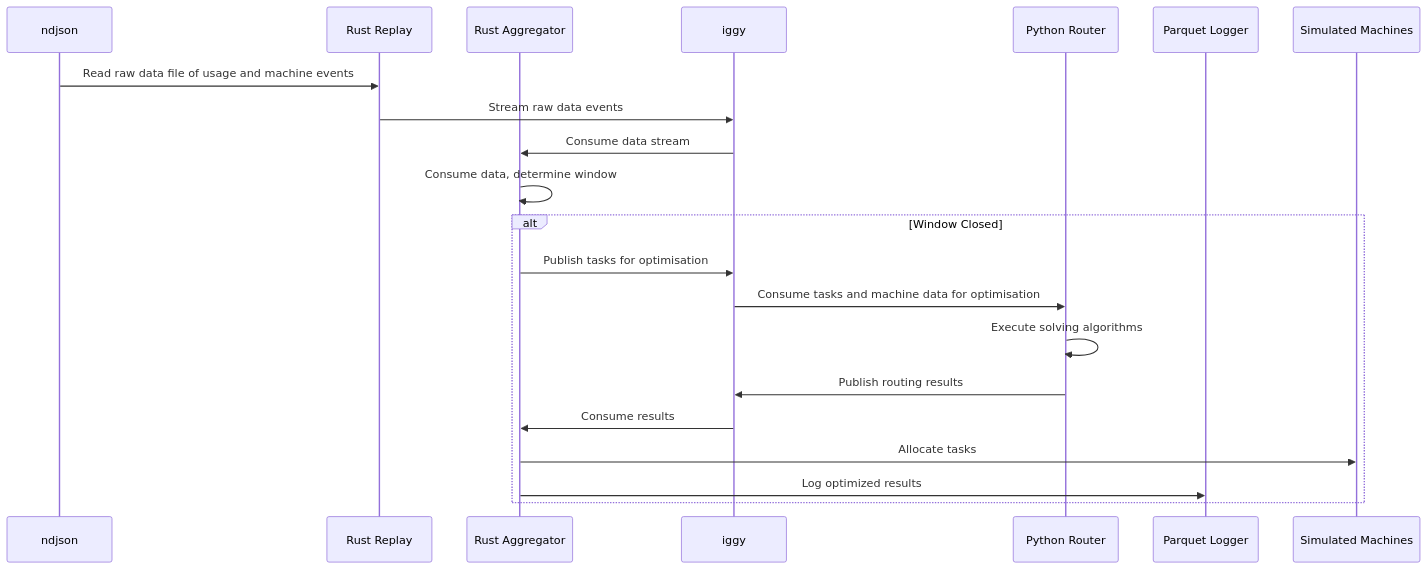
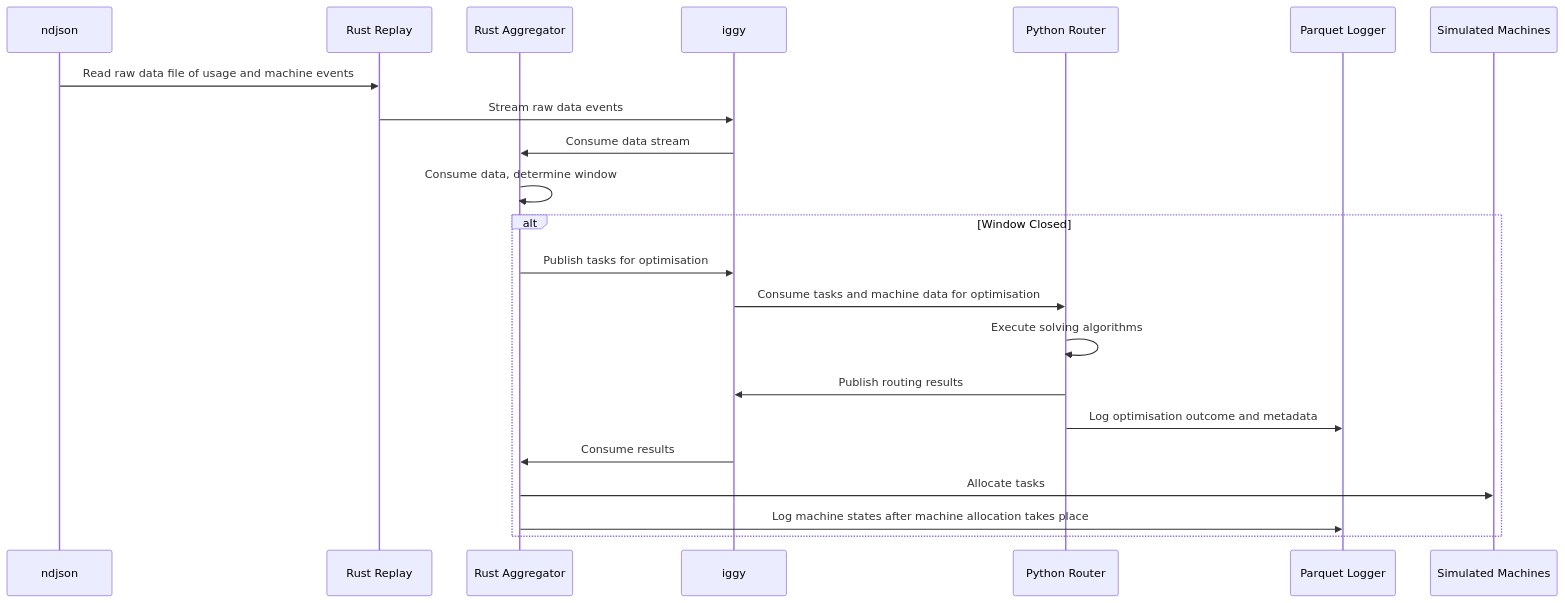
One commit to gavtomlin/incumbent-optimiser changed the diagram in docs/incumbent-optimiser.md. Above: the diagram before and after it, drawn with Mermaid. The commit also changed 76 other files, not shown here.

````diff
--- a/docs/incumbent-optimiser.md
+++ b/docs/incumbent-optimiser.md
@@ -29,24 +29,25 @@
 ```mermaid
 sequenceDiagram
     participant ndjson
     participant rust_replay as Rust Replay
     participant rust_aggregator as Rust Aggregator
     participant iggy
     participant python_router as Python Router
     participant parquet_logger as Parquet Logger
     participant machines as Simulated Machines
 
     ndjson->>rust_replay: Read raw data file of usage and machine events
     rust_replay->>iggy: Stream raw data events
     iggy->>rust_aggregator: Consume data stream
     rust_aggregator->>rust_aggregator: Consume data, determine window
     alt Window Closed
         rust_aggregator->>iggy: Publish tasks for optimisation
         iggy->>python_router: Consume tasks and machine data for optimisation
         python_router->>python_router: Execute solving algorithms
         python_router->>iggy: Publish routing results
+        python_router->>parquet_logger: Log optimisation outcome and metadata
         iggy->>rust_aggregator: Consume results
         rust_aggregator->>machines: Allocate tasks
-        rust_aggregator->>parquet_logger: Log optimized results
+        rust_aggregator->>parquet_logger: Log machine states after machine allocation takes place 
     end
 ```
````
